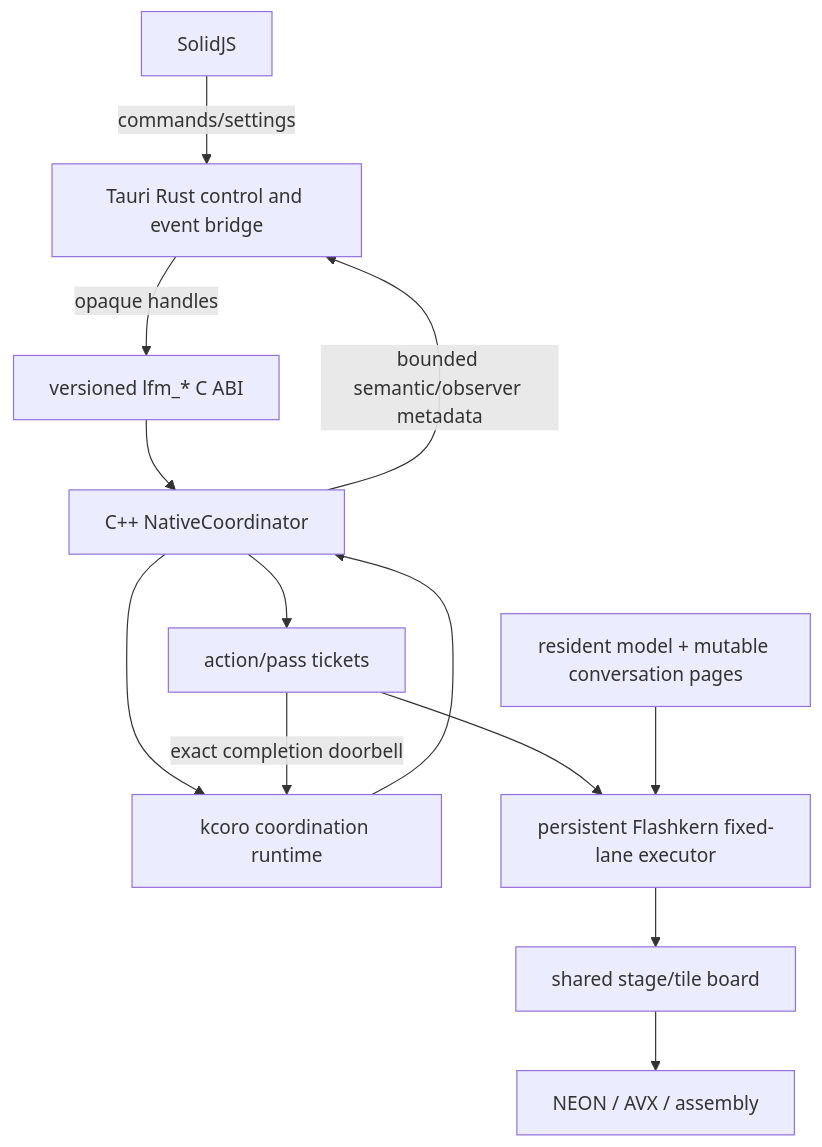
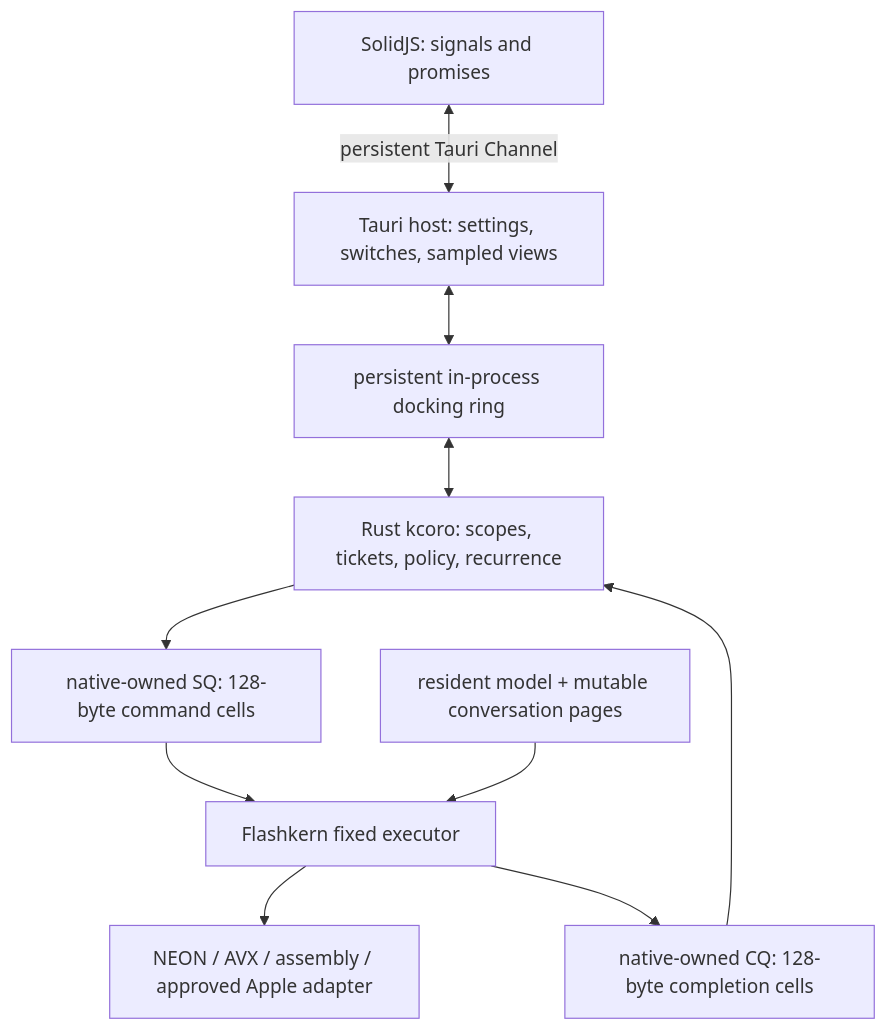
Before and after one commit to SolaceHarmony/emberharmony: the first of 2 diagrams in docs/native/KCORO_ARENA_INTEGRATION.md, drawn with Mermaid. The commit also changed other lines of this file and 13 other files, not shown here.

Commit message:
reconcile native migration around Rust coordination

````diff
--- a/docs/native/KCORO_ARENA_INTEGRATION.md
+++ b/docs/native/KCORO_ARENA_INTEGRATION.md
@@ -94,26 +105,22 @@
 ```mermaid
 flowchart TB
-    UI["SolidJS"]
-    Tauri["Tauri Rust control and event bridge"]
-    ABI["versioned lfm_* C ABI"]
-    Coord["C++ NativeCoordinator"]
-    Kcoro["kcoro coordination runtime"]
-    Ticket["action/pass tickets"]
-    Exec["persistent Flashkern fixed-lane executor"]
-    Board["shared stage/tile board"]
-    Kernels["NEON / AVX / assembly"]
+    Web["SolidJS: signals and promises"]
+    Host["Tauri host: settings, switches, sampled views"]
+    Dock["persistent in-process docking ring"]
+    Coord["Rust kcoro: scopes, tickets, policy, recurrence"]
+    SQ["native-owned SQ: 128-byte command cells"]
+    Exec["Flashkern fixed executor"]
+    Kernels["NEON / AVX / assembly / approved Apple adapter"]
+    CQ["native-owned CQ: 128-byte completion cells"]
     State["resident model + mutable conversation pages"]
 
-    UI -->|"commands/settings"| Tauri
-    Tauri -->|"opaque handles"| ABI
-    ABI --> Coord
-    Coord --> Kcoro
-    Coord --> Ticket
-    Ticket --> Exec
-    Exec --> Board
-    Board --> Kernels
+    Web <-->|"persistent Tauri Channel"| Host
+    Host <--> Dock
+    Dock <--> Coord
+    Coord --> SQ
+    SQ --> Exec
+    Exec --> Kernels
     State --> Exec
-    Ticket -->|"exact completion doorbell"| Kcoro
-    Kcoro --> Coord
-    Coord -->|"bounded semantic/observer metadata"| Tauri
+    Exec --> CQ
+    CQ --> Coord
 ```
````
